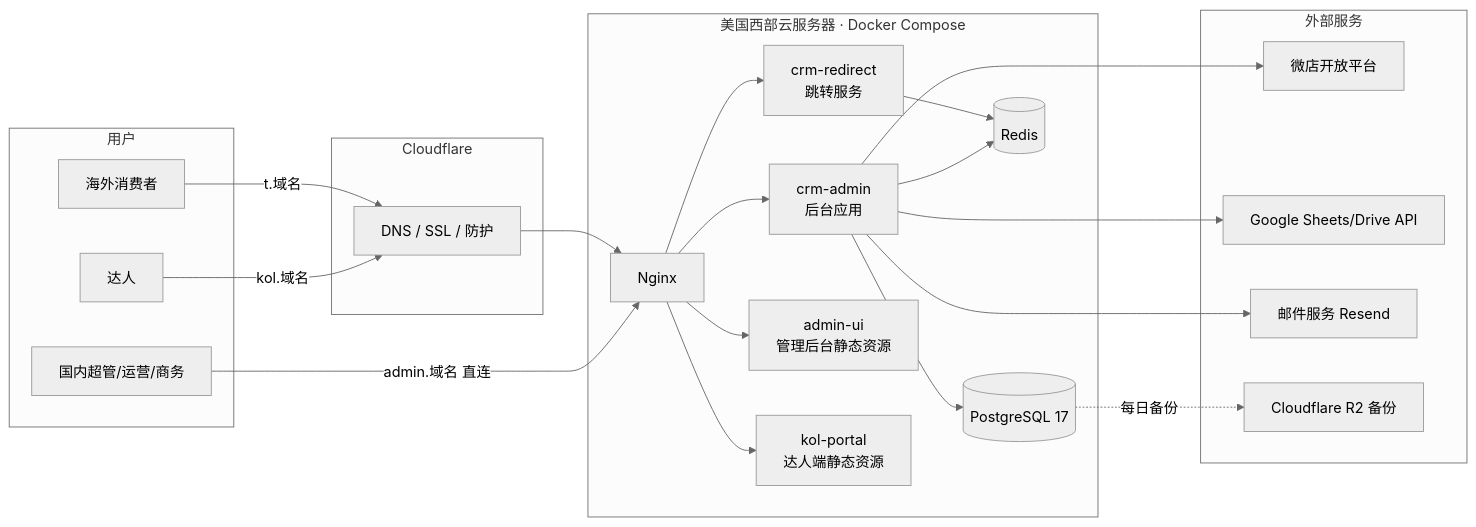
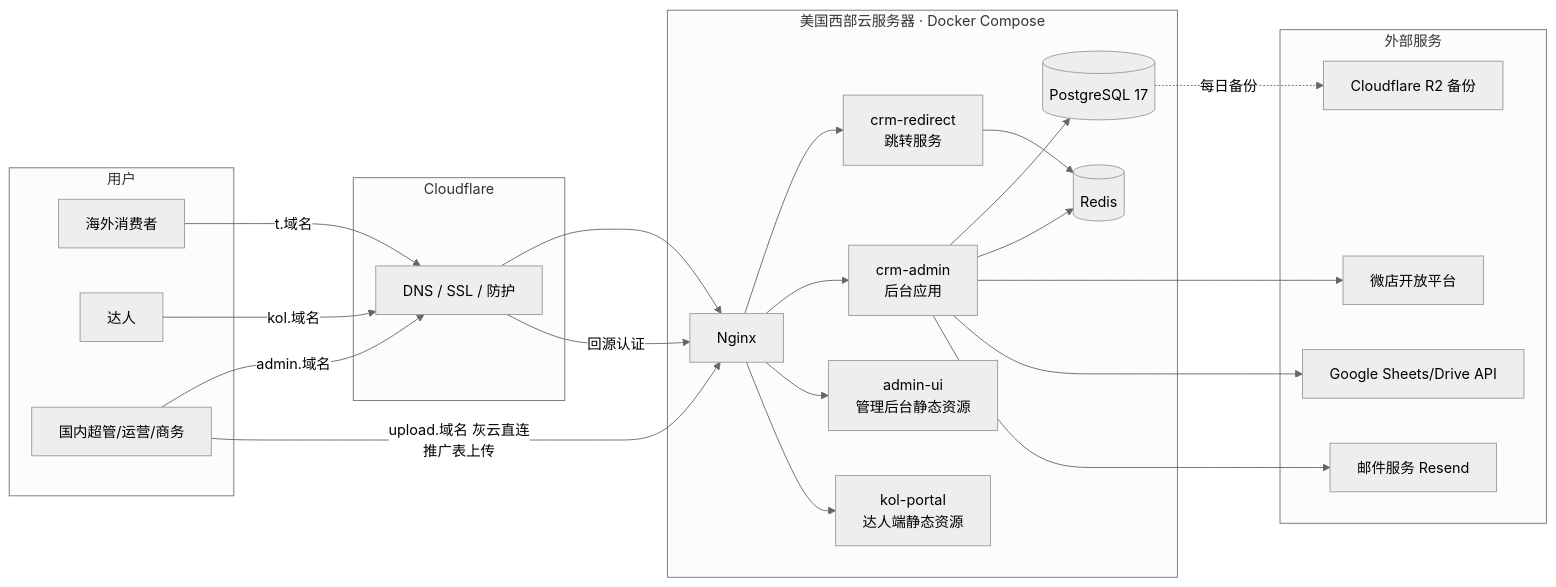
One commit to ksws00684315/t-crm changed the first of 6 diagrams in docs/03-设计/系统详细设计说明书.md. Above: the diagram before and after it, drawn with Mermaid (neutral theme). The commit also changed other lines of this file and 15 other files, not shown here.

````diff
--- a/docs/03-设计/系统详细设计说明书.md
+++ b/docs/03-设计/系统详细设计说明书.md
@@ -135,39 +135,41 @@
 ```mermaid
 flowchart LR
   subgraph 用户
     C[海外消费者]
     K[达人]
     O[国内超管/运营/商务]
   end
   subgraph Cloudflare
     CF[DNS / SSL / 防护]
   end
   subgraph 美国西部服务器[美国西部云服务器 · Docker Compose]
     NG[Nginx]
     RD[crm-redirect<br/>跳转服务]
     APP[crm-admin<br/>后台应用]
     FE1[admin-ui<br/>管理后台静态资源]
     FE2[kol-portal<br/>达人端静态资源]
     MY[(PostgreSQL 17)]
     RS[(Redis)]
   end
   subgraph 外部服务
     WD[微店开放平台]
     GG[Google Sheets/Drive API]
     EM[邮件服务 Resend]
     R2[Cloudflare R2 备份]
   end
   C -->|t.域名| CF --> NG --> RD
   K -->|kol.域名| CF
-  O -->|admin.域名 直连| NG
+  O -->|admin.域名| CF
+  O -->|upload.域名 灰云直连<br/>推广表上传| NG
+  CF -->|回源认证| NG
   NG --> APP
   NG --> FE1
   NG --> FE2
   RD --> RS
   APP --> MY
   APP --> RS
   APP --> WD
   APP --> GG
   APP --> EM
   MY -.每日备份.-> R2
 ```
````
